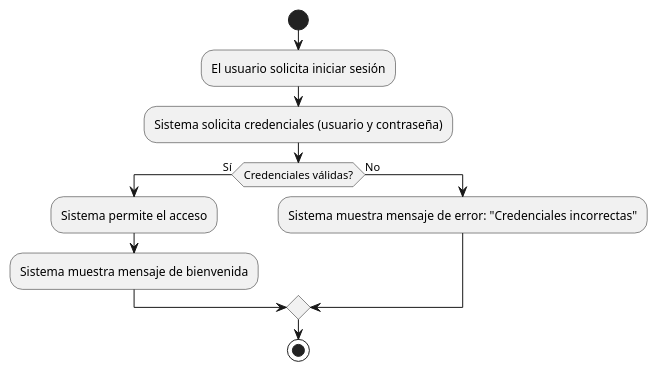
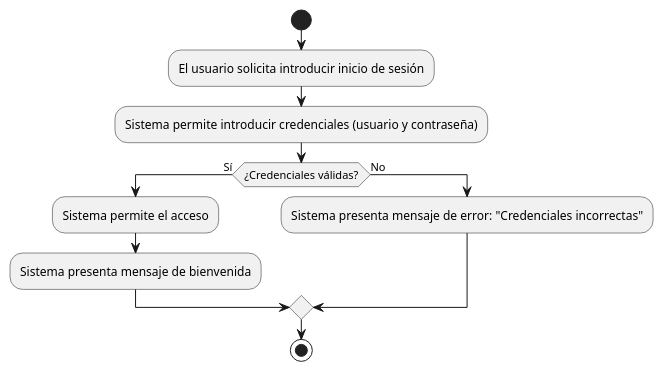
The diagram in casosDeUso/plantUML/IniciarSesión.puml (mmasias/24-25-IdSw1-SDR), drawn with PlantUML before and after one commit.

```diff
--- a/casosDeUso/plantUML/IniciarSesión.puml
+++ b/casosDeUso/plantUML/IniciarSesión.puml
@@ -1,12 +1,12 @@
 @startuml
 start
-:El usuario solicita iniciar sesión;
-:Sistema solicita credenciales (usuario y contraseña);
-if (Credenciales válidas?) then (Sí)
+:El usuario solicita introducir inicio de sesión;
+:Sistema permite introducir credenciales (usuario y contraseña);
+if (¿Credenciales válidas?) then (Sí)
   :Sistema permite el acceso;
-  :Sistema muestra mensaje de bienvenida;
+  :Sistema presenta mensaje de bienvenida;
 else (No)
-  :Sistema muestra mensaje de error: "Credenciales incorrectas";
+  :Sistema presenta mensaje de error: "Credenciales incorrectas";
 endif
 stop
 @enduml
```
